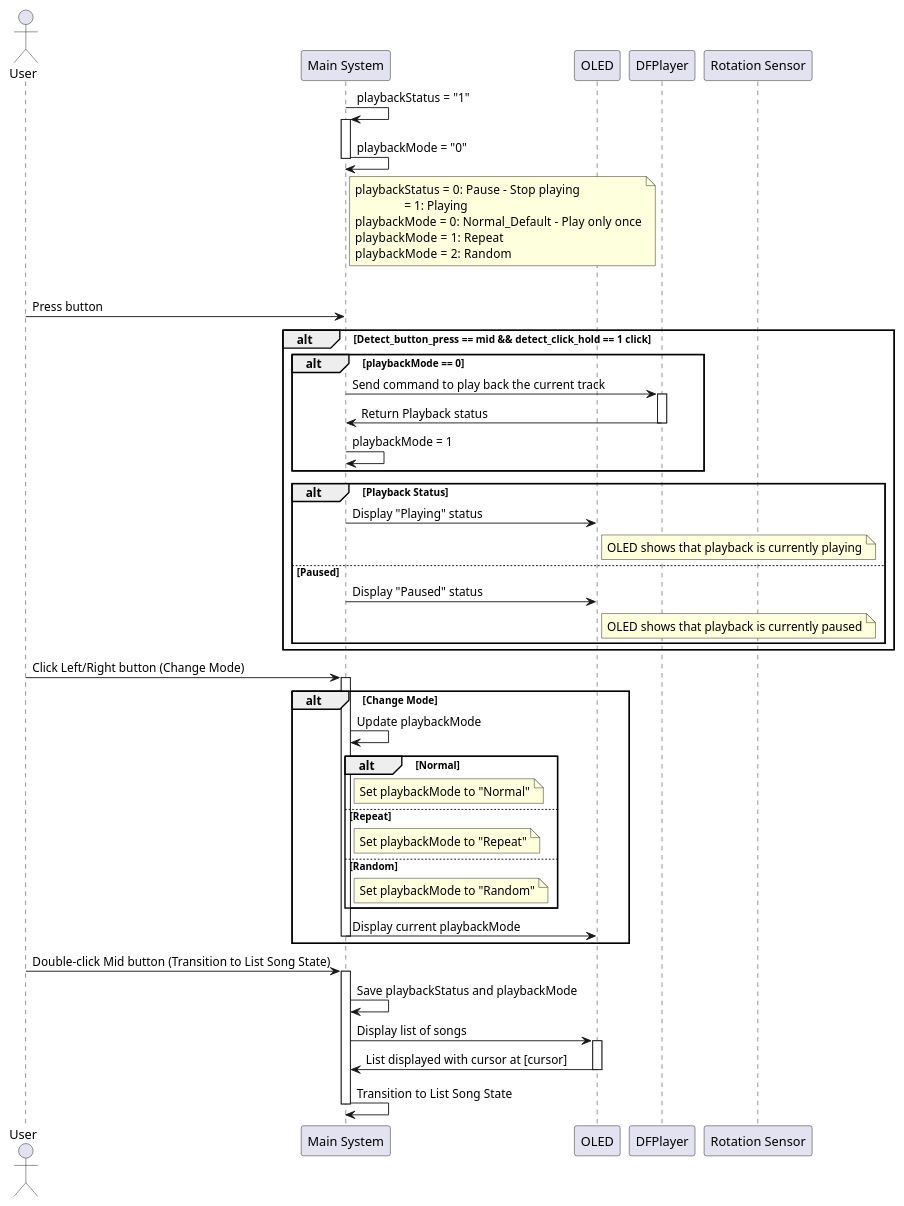
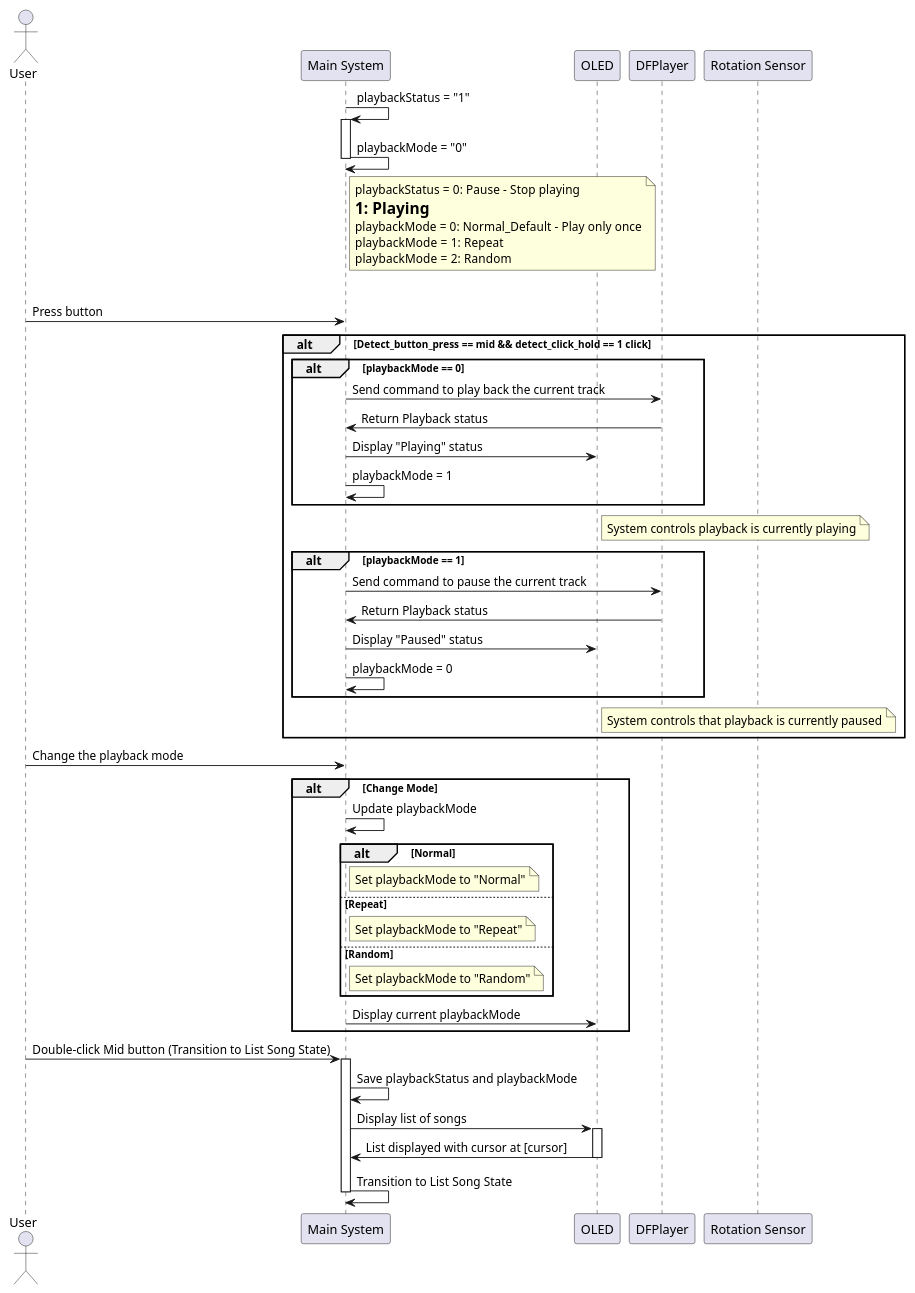
Before and after one commit to toannguyentien-itr-intern/MP3_Player: the diagram in Documents/Seqence_diagram/4_system_playing_song_screen.wsd, drawn with PlantUML.

Commit message:
Update: Config the play back mode of system_playing

```diff
--- a/Documents/Seqence_diagram/4_system_playing_song_screen.wsd
+++ b/Documents/Seqence_diagram/4_system_playing_song_screen.wsd
@@ -1,79 +1,81 @@
 @startuml system_playing
 actor User
 participant "Main System" as System_main
 participant OLED
 participant DFPlayer
 participant Rotation_sensor as "Rotation Sensor"
 
 
 System_main -> System_main: playbackStatus = "1"
 activate System_main
 System_main -> System_main: playbackMode = "0"
 deactivate System_main
 note right of System_main
   playbackStatus  = 0: Pause - Stop playing
-                  = 1: Playing
+  = 1: Playing
   playbackMode  = 0: Normal_Default - Play only once
   playbackMode  = 1: Repeat
   playbackMode  = 2: Random
 end note
 
 
 loop system_playing_song_screen
 
-User -> System_main: Press button
-alt Detect_button_press == mid && detect_click_hold == 1 click
-  alt playbackMode == 0
-    System_main -> DFPlayer: Send command to play back the current track
-    activate DFPlayer
-    DFPlayer -> System_main: Return Playback status
-    deactivate DFPlayer
-    System_main -> System_main: playbackMode = 1
+  User -> System_main: Press button
+  alt Detect_button_press == mid && detect_click_hold == 1 click
+    alt playbackMode == 0
+      System_main -> DFPlayer: Send command to play back the current track
+      DFPlayer -> System_main: Return Playback status
+      System_main -> OLED: Display "Playing" status
+      System_main -> System_main: playbackMode = 1
+    end
+    note right of OLED
+      System controls playback is currently playing
+    end note
+
+    alt playbackMode == 1
+      System_main -> DFPlayer: Send command to pause the current track
+      DFPlayer -> System_main: Return Playback status
+      System_main -> OLED: Display "Paused" status
+      System_main -> System_main: playbackMode = 0
+    end
+    note right of OLED
+      System controls that playback is currently paused
+    end note
+
   end
-    alt Playback Status
-        System_main -> OLED: Display "Playing" status
-        note right of OLED
-            OLED shows that playback is currently playing
-        end note
-    else Paused
-        System_main -> OLED: Display "Paused" status
-        note right of OLED
-            OLED shows that playback is currently paused
-        end note
-    end
-end
 
-User -> System_main: Click Left/Right button (Change Mode)
-activate System_main
+  User -> System_main: Change the playback mode
 
-alt Change Mode
+
+  alt Change Mode
     System_main -> System_main: Update playbackMode
     alt Normal
-        note right of System_main
-            Set playbackMode to "Normal"
-        end note
+      note right of System_main
+        Set playbackMode to "Normal"
+      end note
     else Repeat
-        note right of System_main
-            Set playbackMode to "Repeat"
-        end note
+      note right of System_main
+        Set playbackMode to "Repeat"
+      end note
     else Random
-        note right of System_main
-            Set playbackMode to "Random"
-        end note
+      note right of System_main
+        Set playbackMode to "Random"
+      end note
     end
     System_main -> OLED: Display current playbackMode
     deactivate System_main
-end
+  end
 
-User -> System_main: Double-click Mid button (Transition to List Song State)
-activate System_main
+  User -> System_main: Double-click Mid button (Transition to List Song State)
+  activate System_main
 
-System_main -> System_main: Save playbackStatus and playbackMode
-System_main -> OLED: Display list of songs
-activate OLED
-OLED -> System_main: List displayed with cursor at [cursor]
-deactivate OLED
+  System_main -> System_main: Save playbackStatus and playbackMode
+  System_main -> OLED: Display list of songs
+  activate OLED
+  OLED -> System_main: List displayed with cursor at [cursor]
+  deactivate OLED
 
-System_main -> System_main: Transition to List Song State
-deactivate System_main
-@enduml
+  System_main -> System_main: Transition to List Song State
+  deactivate System_main
+  @enduml
```
